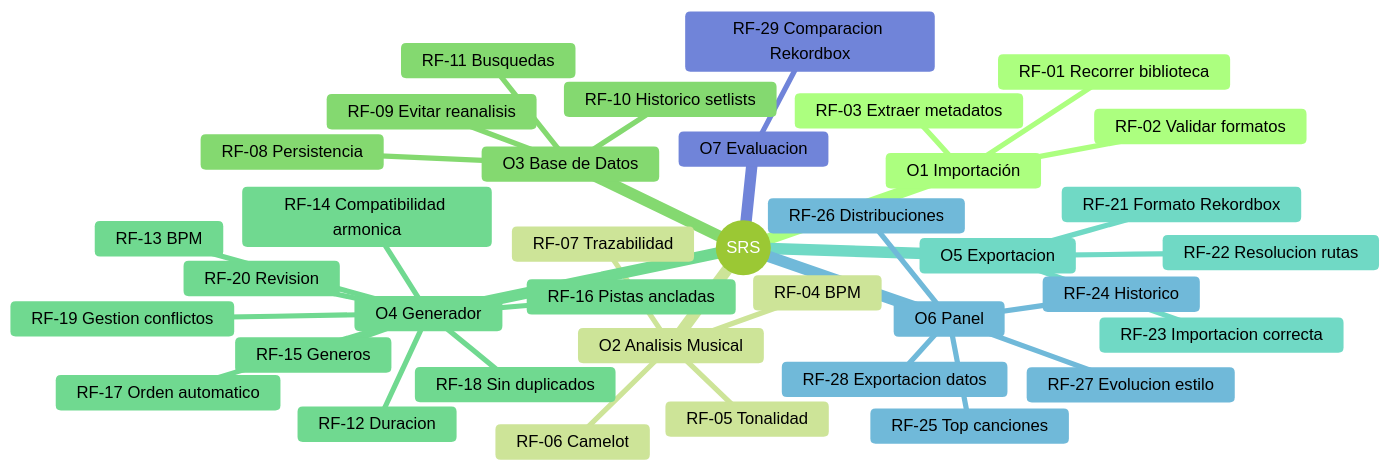
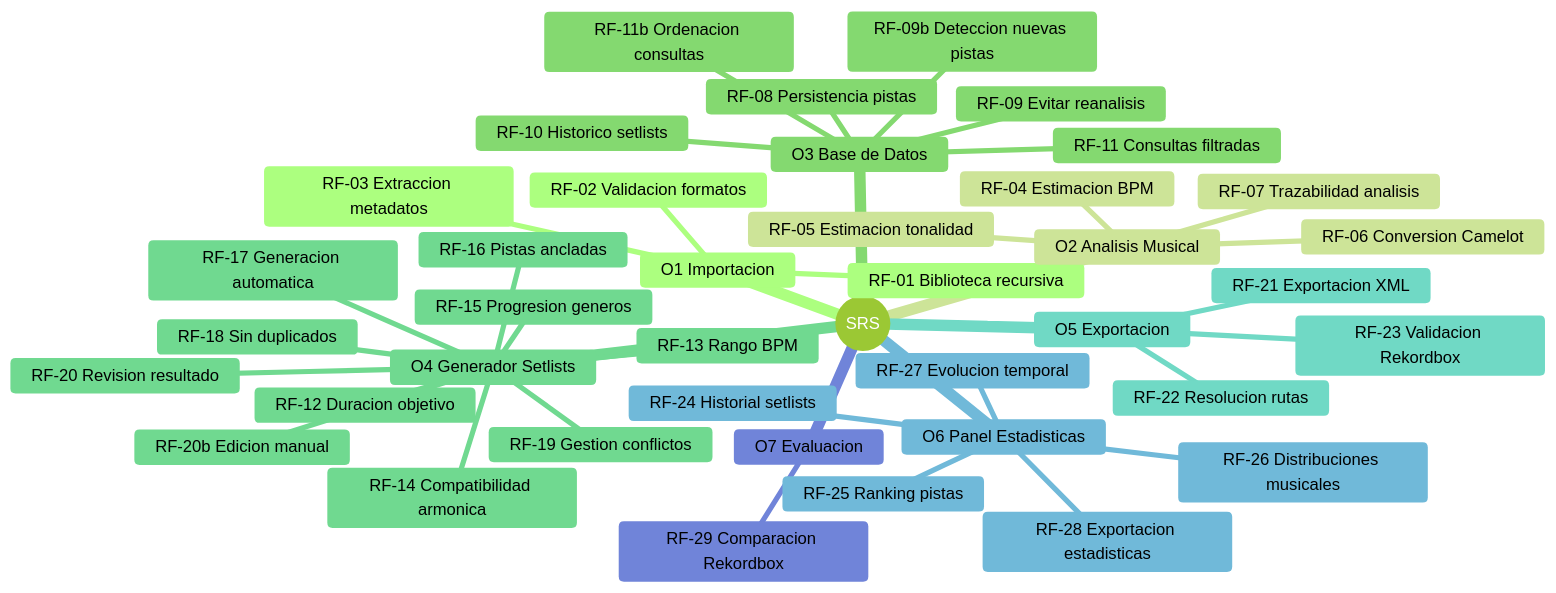
Before and after one commit to pabloo806/Trabajo-de-Fin-de-Grado: the second of 4 diagrams in docs/requirements/requirements.md, drawn with Mermaid (forest theme).

Commit message:
Update requirements in SRS mindmap

````diff
--- a/docs/requirements/requirements.md
+++ b/docs/requirements/requirements.md
@@ -145,46 +145,50 @@
 ```mermaid
 mindmap
   root((SRS))
-    O1 Importación
-      RF-01 Recorrer biblioteca
-      RF-02 Validar formatos
-      RF-03 Extraer metadatos
+
+    O1 Importacion
+      RF-01 Biblioteca recursiva
+      RF-02 Validacion formatos
+      RF-03 Extraccion metadatos
 
     O2 Analisis Musical
-      RF-04 BPM
-      RF-05 Tonalidad
-      RF-06 Camelot
-      RF-07 Trazabilidad
+      RF-04 Estimacion BPM
+      RF-05 Estimacion tonalidad
+      RF-06 Conversion Camelot
+      RF-07 Trazabilidad analisis
 
     O3 Base de Datos
-      RF-08 Persistencia
+      RF-08 Persistencia pistas
       RF-09 Evitar reanalisis
+      RF-09b Deteccion nuevas pistas
       RF-10 Historico setlists
-      RF-11 Busquedas
+      RF-11 Consultas filtradas
+      RF-11b Ordenacion consultas
 
-    O4 Generador
-      RF-12 Duracion
-      RF-13 BPM
+    O4 Generador Setlists
+      RF-12 Duracion objetivo
+      RF-13 Rango BPM
       RF-14 Compatibilidad armonica
-      RF-15 Generos
+      RF-15 Progresion generos
       RF-16 Pistas ancladas
-      RF-17 Orden automatico
+      RF-17 Generacion automatica
       RF-18 Sin duplicados
       RF-19 Gestion conflictos
-      RF-20 Revision
+      RF-20 Revision resultado
+      RF-20b Edicion manual
 
     O5 Exportacion
-      RF-21 Formato Rekordbox
+      RF-21 Exportacion XML
       RF-22 Resolucion rutas
-      RF-23 Importacion correcta
+      RF-23 Validacion Rekordbox
 
-    O6 Panel
-      RF-24 Historico
-      RF-25 Top canciones
-      RF-26 Distribuciones
-      RF-27 Evolucion estilo
-      RF-28 Exportacion datos
+    O6 Panel Estadisticas
+      RF-24 Historial setlists
+      RF-25 Ranking pistas
+      RF-26 Distribuciones musicales
+      RF-27 Evolucion temporal
+      RF-28 Exportacion estadisticas
 
     O7 Evaluacion
       RF-29 Comparacion Rekordbox
 ```
````
